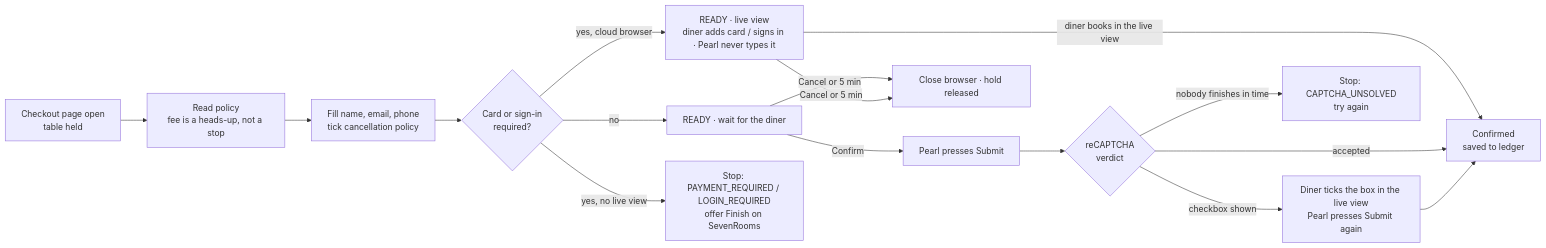
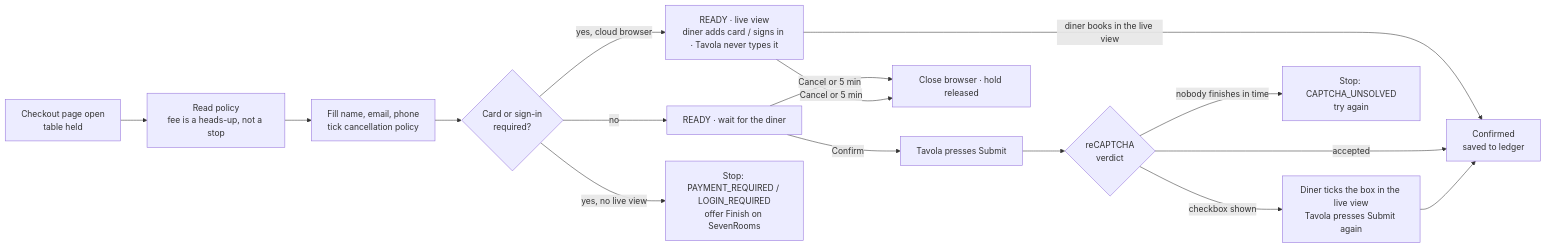
Before and after one commit to Dileep2896/pearl-table-concierge: the fifth of 7 diagrams in ARCHITECTURE.md, drawn with Mermaid. The commit also changed other lines of this file and 36 other files, not shown here.

First line of the commit message:
Rename the product from Pearl to Tavola

````diff
--- a/ARCHITECTURE.md
+++ b/ARCHITECTURE.md
@@ -108,18 +108,18 @@
 ```mermaid
 flowchart LR
   A[Checkout page open<br/>table held] --> D[Read policy<br/>fee is a heads-up, not a stop]
   D --> F[Fill name, email, phone<br/>tick cancellation policy]
   F --> B{Card or sign-in<br/>required?}
   B -->|no| G[READY · wait for the diner]
-  B -->|yes, cloud browser| P[READY · live view<br/>diner adds card / signs in · Pearl never types it]
+  B -->|yes, cloud browser| P[READY · live view<br/>diner adds card / signs in · Tavola never types it]
   B -->|yes, no live view| B1[Stop: PAYMENT_REQUIRED / LOGIN_REQUIRED<br/>offer Finish on SevenRooms]
-  G -->|Confirm| H[Pearl presses Submit]
+  G -->|Confirm| H[Tavola presses Submit]
   P -->|diner books in the live view| K
   H --> J{reCAPTCHA<br/>verdict}
   J -->|accepted| K[Confirmed<br/>saved to ledger]
-  J -->|checkbox shown| L[Diner ticks the box in the live view<br/>Pearl presses Submit again]
+  J -->|checkbox shown| L[Diner ticks the box in the live view<br/>Tavola presses Submit again]
   L --> K
   J -->|nobody finishes in time| M[Stop: CAPTCHA_UNSOLVED<br/>try again]
   G -->|Cancel or 5 min| I[Close browser · hold released]
   P -->|Cancel or 5 min| I
 ```
````
